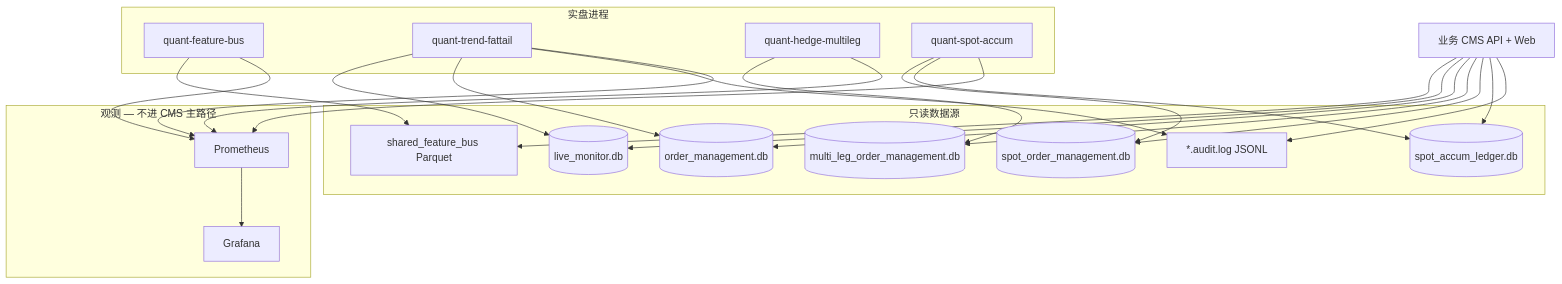
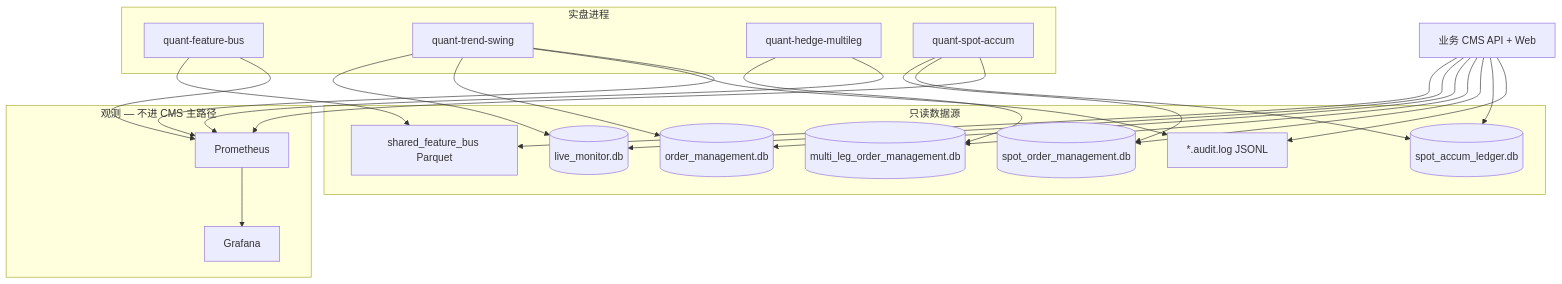
One commit to SnYang096/ml-trading-bot changed the first of 2 diagrams in docs/deployment/BUSINESS_CONSOLE_DESIGN_CN.md. Above: the diagram before and after it, drawn with Mermaid. The commit also changed other lines of this file and 52 other files, not shown here.

````diff
--- a/docs/deployment/BUSINESS_CONSOLE_DESIGN_CN.md
+++ b/docs/deployment/BUSINESS_CONSOLE_DESIGN_CN.md
@@ -30,46 +30,46 @@
 ```mermaid
 flowchart TB
   subgraph processes [实盘进程]
     BUS[quant-feature-bus]
-    TREND[quant-trend-fattail]
+    TREND[quant-trend-swing]
     HEDGE[quant-hedge-multileg]
     SPOT[quant-spot-accum]
   end
 
   subgraph storage [只读数据源]
     PARQUET[shared_feature_bus Parquet]
     LM[(live_monitor.db)]
     OM[(order_management.db)]
     ML[(multi_leg_order_management.db)]
     SPOTDB[(spot_order_management.db)]
     LEDGER[(spot_accum_ledger.db)]
     AUDIT[*.audit.log JSONL]
   end
 
   subgraph observability [观测 — 不进 CMS 主路径]
     PROM[Prometheus]
     GRAF[Grafana]
   end
 
   BUS --> PARQUET
   TREND --> LM
   TREND --> OM
   TREND --> AUDIT
   HEDGE --> ML
   SPOT --> SPOTDB
   SPOT --> LEDGER
   TREND --> PROM
   HEDGE --> PROM
   SPOT --> PROM
   BUS --> PROM
   PROM --> GRAF
 
   CMS[业务 CMS API + Web]
   CMS --> PARQUET
   CMS --> LM
   CMS --> OM
   CMS --> ML
   CMS --> SPOTDB
   CMS --> LEDGER
   CMS --> AUDIT
 ```
````
